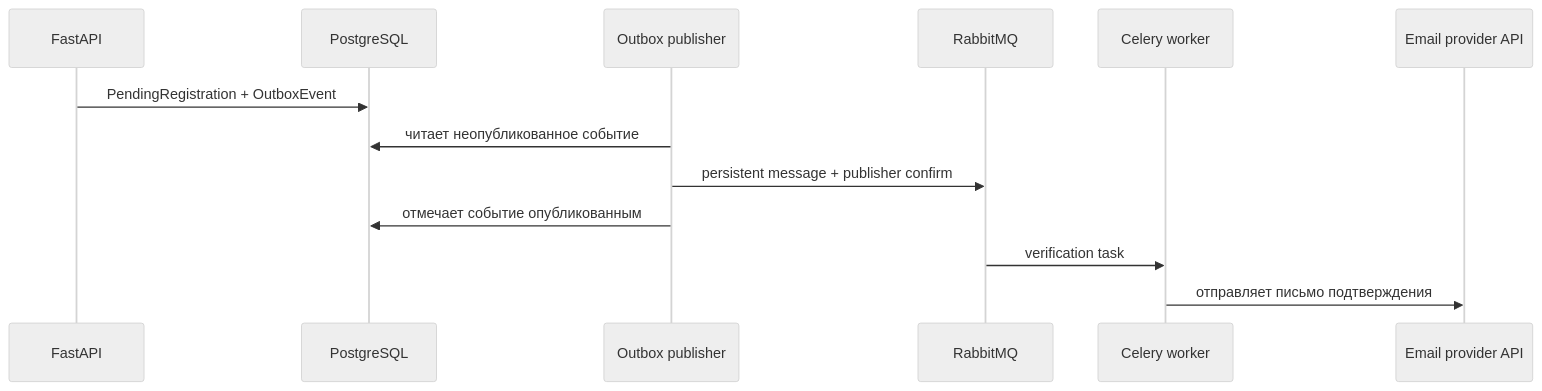
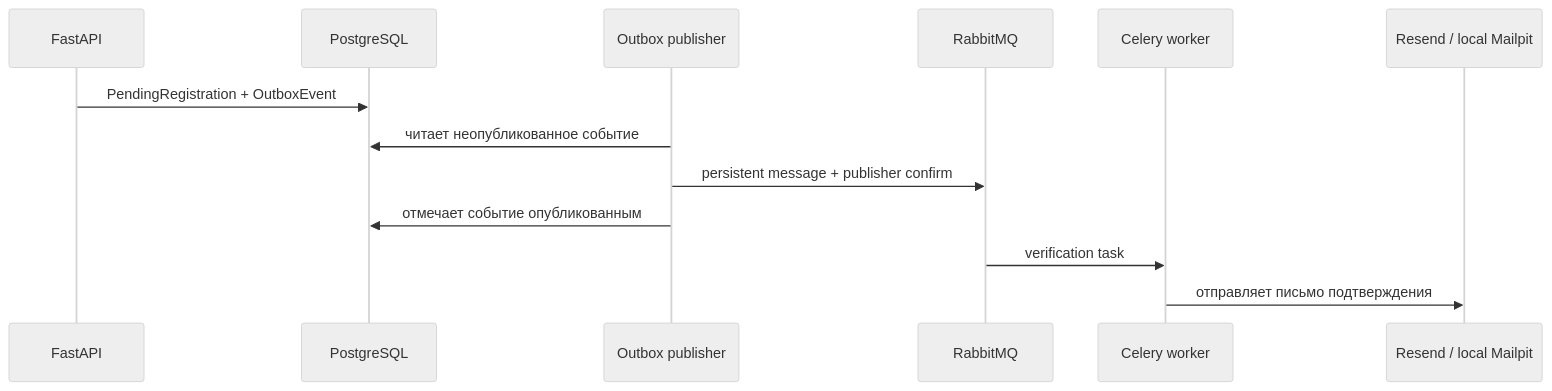
Before and after one commit to Ilm1n/Kantano: the third of 4 diagrams in docs/architecture.md, drawn with Mermaid (neutral theme). The commit also changed other lines of this file and 15 other files, not shown here.

Commit message:
feat(email): add local Mailpit mode

````diff
--- a/docs/architecture.md
+++ b/docs/architecture.md
@@ -115,16 +115,16 @@
 ```mermaid
 sequenceDiagram
     participant API as FastAPI
     participant DB as PostgreSQL
     participant Publisher as Outbox publisher
     participant MQ as RabbitMQ
     participant Worker as Celery worker
-    participant Provider as Email provider API
+    participant Provider as Resend / local Mailpit
 
     API->>DB: PendingRegistration + OutboxEvent
     Publisher->>DB: читает неопубликованное событие
     Publisher->>MQ: persistent message + publisher confirm
     Publisher->>DB: отмечает событие опубликованным
     MQ->>Worker: verification task
     Worker->>Provider: отправляет письмо подтверждения
 ```
````
